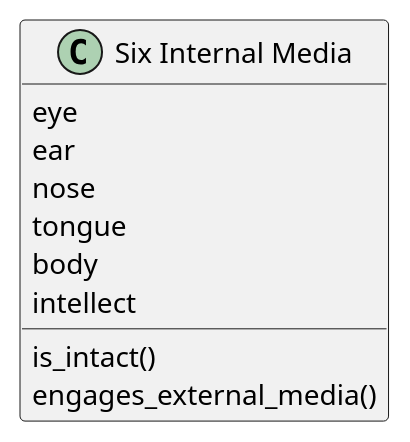
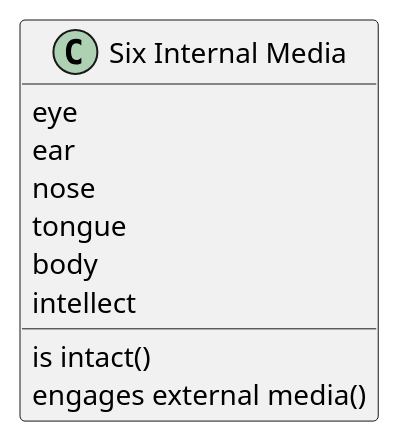
Before and after one commit to suttaplayer/dn34-PROGRESSING-BY-TENS: the sixth of 13 diagrams in notebookLM/guide/guide_plantuml_class_diagram.md, drawn with PlantUML. The commit also changed other lines of this file and 14 other files, not shown here.

````diff
--- a/notebookLM/guide/guide_plantuml_class_diagram.md
+++ b/notebookLM/guide/guide_plantuml_class_diagram.md
@@ -83,15 +87,15 @@
 ```plantuml
 @startuml
 class "Six Internal Media" as sim
 class sim {
   eye
   ear
   nose
   tongue
   body
   intellect
-  is_intact()
-  engages_external_media()
+  is intact()
+  engages external media()
 }
 @enduml
 ```
````
